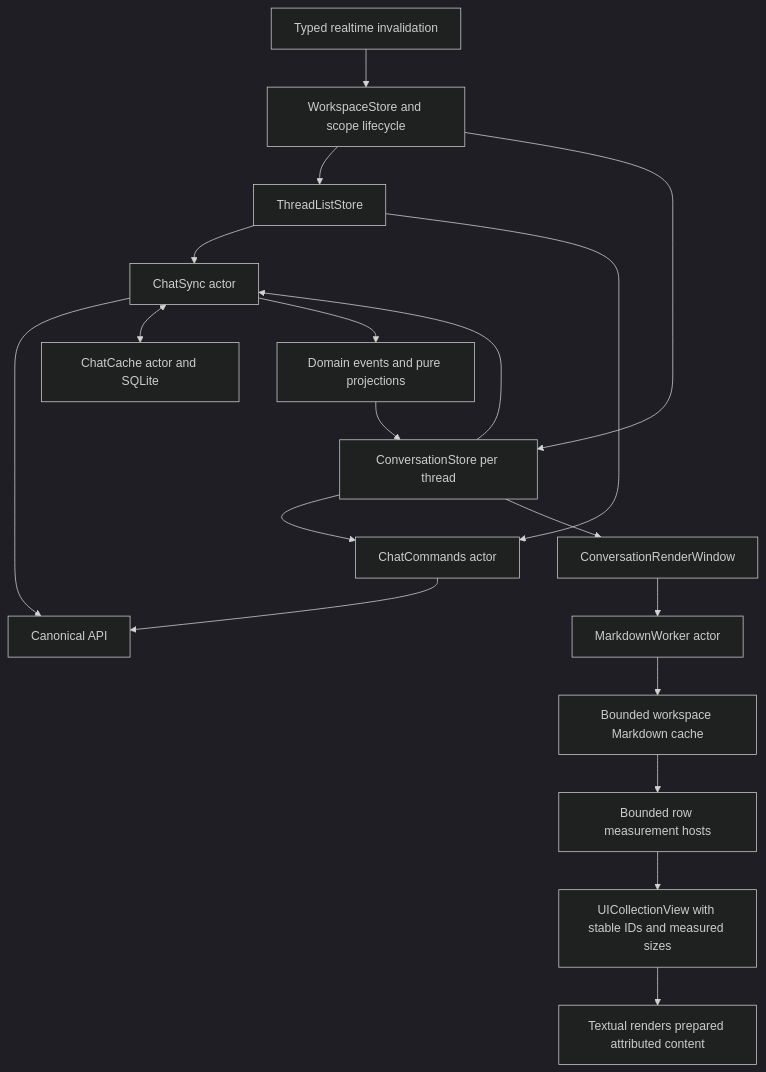
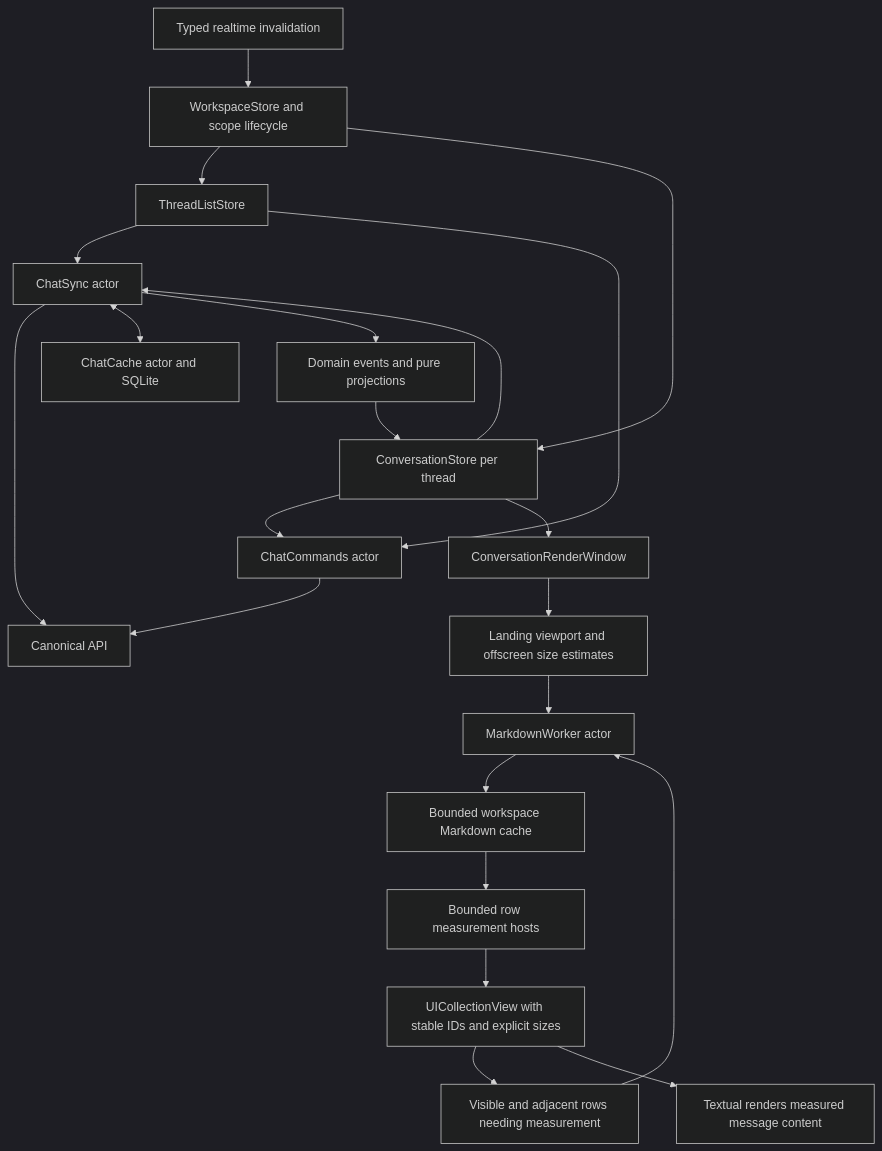
The diagram in ios/CHAT_UI_ARCHITECTURE.md (okou-ai/okou), drawn with Mermaid (dark theme) before and after one commit. The commit also changed other lines of this file and 2 other files, not shown here.

Commit message:
perf(ios): measure conversation rows near the viewport

````diff
--- a/ios/CHAT_UI_ARCHITECTURE.md
+++ b/ios/CHAT_UI_ARCHITECTURE.md
@@ -23,21 +23,24 @@
 ```mermaid
 flowchart TD
   Realtime[Typed realtime invalidation] --> Workspace[WorkspaceStore and scope lifecycle]
   Workspace --> Navigation[ThreadListStore]
   Workspace --> Conversation[ConversationStore per thread]
   Navigation --> Sync[ChatSync actor]
   Conversation --> Sync
   Navigation --> Commands[ChatCommands actor]
   Conversation --> Commands
   Commands --> API[Canonical API]
   Sync --> API
   Sync <--> Cache[ChatCache actor and SQLite]
   Sync --> Projection[Domain events and pure projections]
   Projection --> Conversation
   Conversation --> Window[ConversationRenderWindow]
-  Window --> Prepare[MarkdownWorker actor]
+  Window --> Landing[Landing viewport and offscreen size estimates]
+  Landing --> Prepare[MarkdownWorker actor]
   Prepare --> Presentation[Bounded workspace Markdown cache]
   Presentation --> Measure[Bounded row measurement hosts]
-  Measure --> List[UICollectionView with stable IDs and measured sizes]
-  List --> Body[Textual renders prepared attributed content]
+  Measure --> List[UICollectionView with stable IDs and explicit sizes]
+  List --> Nearby[Visible and adjacent rows needing measurement]
+  Nearby --> Prepare
+  List --> Body[Textual renders measured message content]
 ```
````
